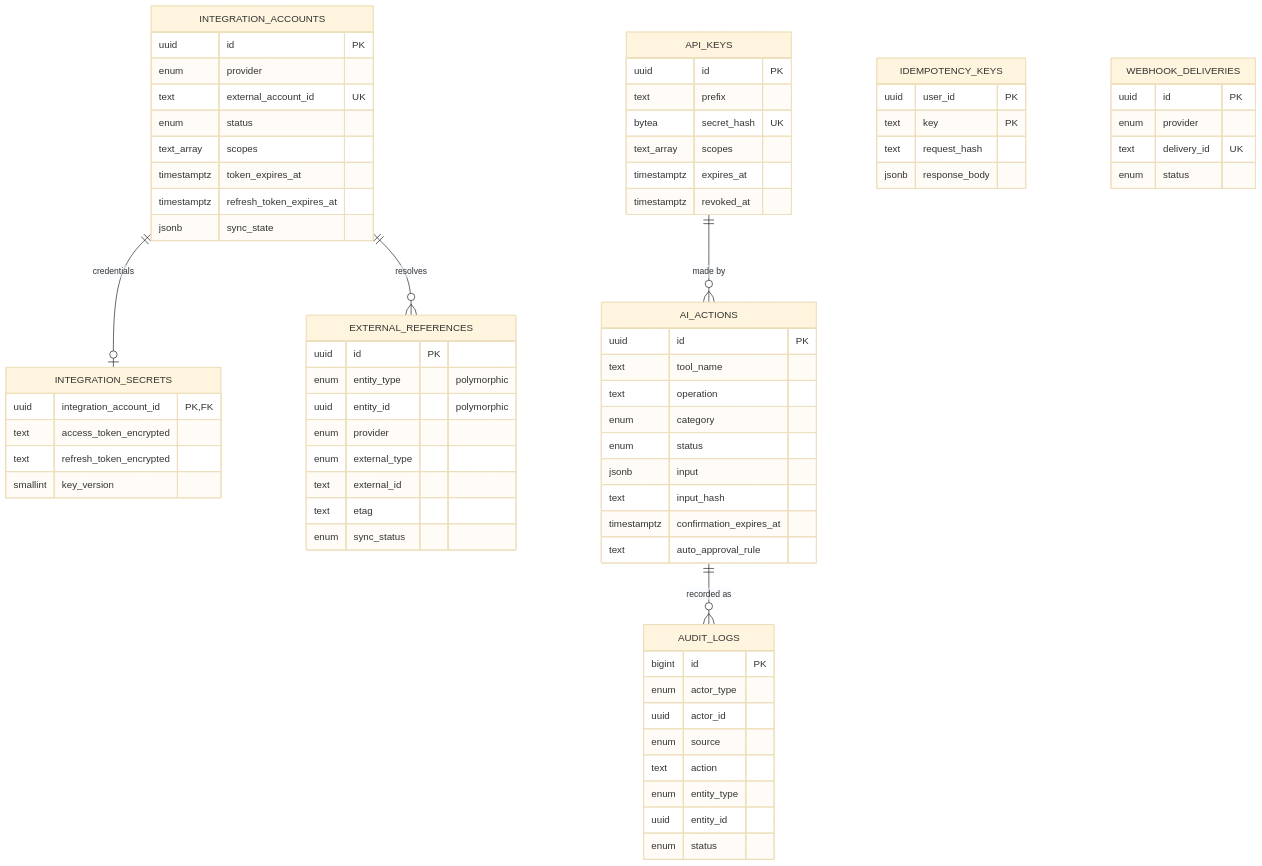
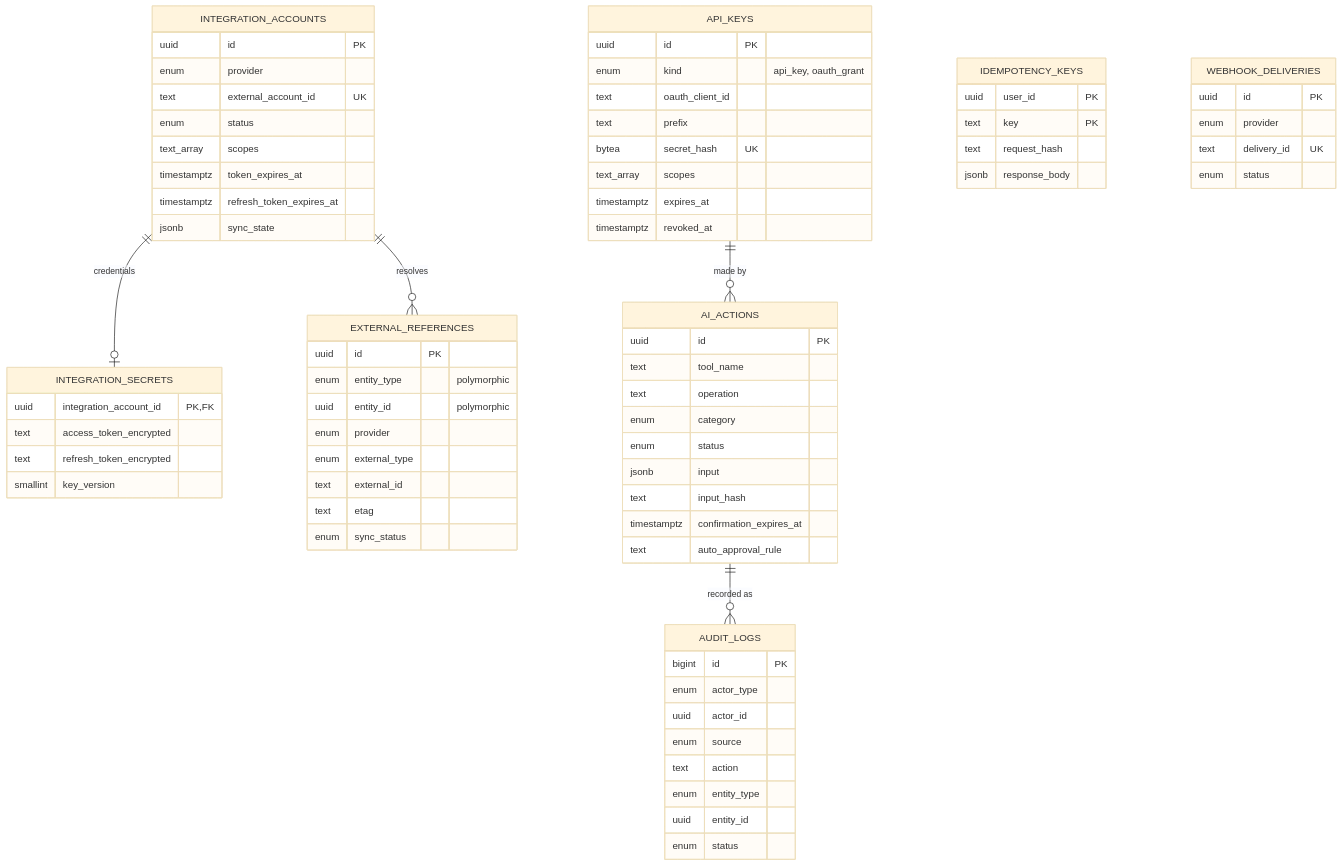
The fourth of 4 diagrams in docs/erd.md (PNCTriet/personal-os), drawn with Mermaid (base theme) before and after one commit. The commit also changed 14 other files, not shown here.

First line of the commit message:
docs: ADR-017 client order Cursor -> ChatGPT (OAuth in Phase 1.5b); accept TD ADRs

````diff
--- a/docs/erd.md
+++ b/docs/erd.md
@@ -265,75 +265,77 @@
 ```mermaid
 erDiagram
     INTEGRATION_ACCOUNTS ||--o| INTEGRATION_SECRETS : "credentials"
     INTEGRATION_ACCOUNTS ||--o{ EXTERNAL_REFERENCES : "resolves"
     API_KEYS ||--o{ AI_ACTIONS : "made by"
     AI_ACTIONS ||--o{ AUDIT_LOGS : "recorded as"
 
     INTEGRATION_ACCOUNTS {
         uuid id PK
         enum provider
         text external_account_id UK
         enum status
         text_array scopes
         timestamptz token_expires_at
         timestamptz refresh_token_expires_at
         jsonb sync_state
     }
     INTEGRATION_SECRETS {
         uuid integration_account_id PK, FK
         text access_token_encrypted
         text refresh_token_encrypted
         smallint key_version
     }
     EXTERNAL_REFERENCES {
         uuid id PK
         enum entity_type "polymorphic"
         uuid entity_id "polymorphic"
         enum provider
         enum external_type
         text external_id
         text etag
         enum sync_status
     }
     API_KEYS {
         uuid id PK
+        enum kind "api_key, oauth_grant"
+        text oauth_client_id
         text prefix
         bytea secret_hash UK
         text_array scopes
         timestamptz expires_at
         timestamptz revoked_at
     }
     AI_ACTIONS {
         uuid id PK
         text tool_name
         text operation
         enum category
         enum status
         jsonb input
         text input_hash
         timestamptz confirmation_expires_at
         text auto_approval_rule
     }
     AUDIT_LOGS {
         bigint id PK
         enum actor_type
         uuid actor_id
         enum source
         text action
         enum entity_type
         uuid entity_id
         enum status
     }
     IDEMPOTENCY_KEYS {
         uuid user_id PK
         text key PK
         text request_hash
         jsonb response_body
     }
     WEBHOOK_DELIVERIES {
         uuid id PK
         enum provider
         text delivery_id UK
         enum status
     }
 ```
````
